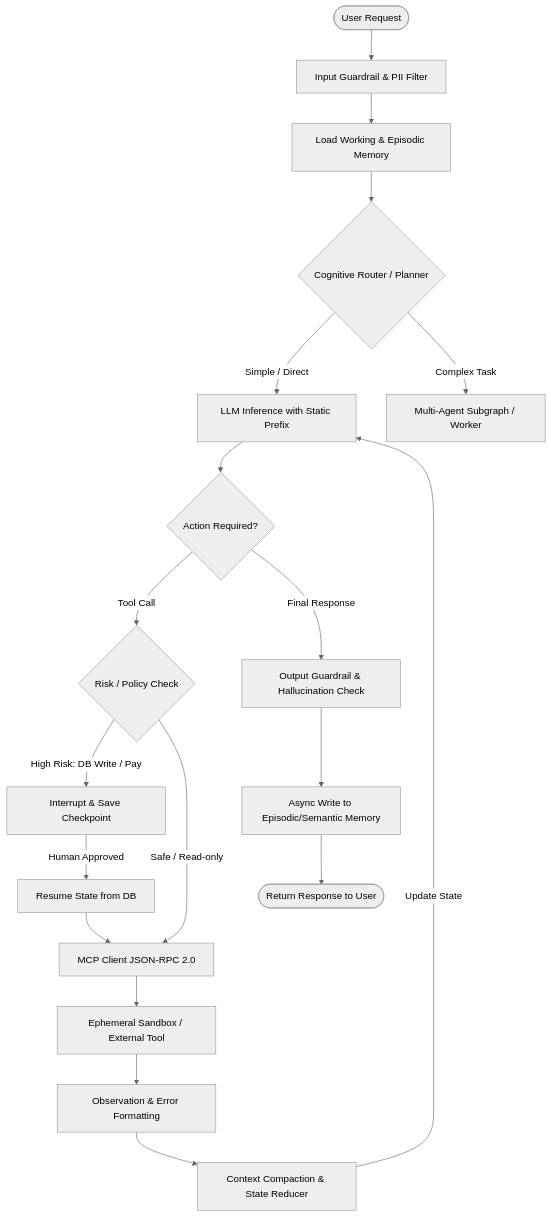
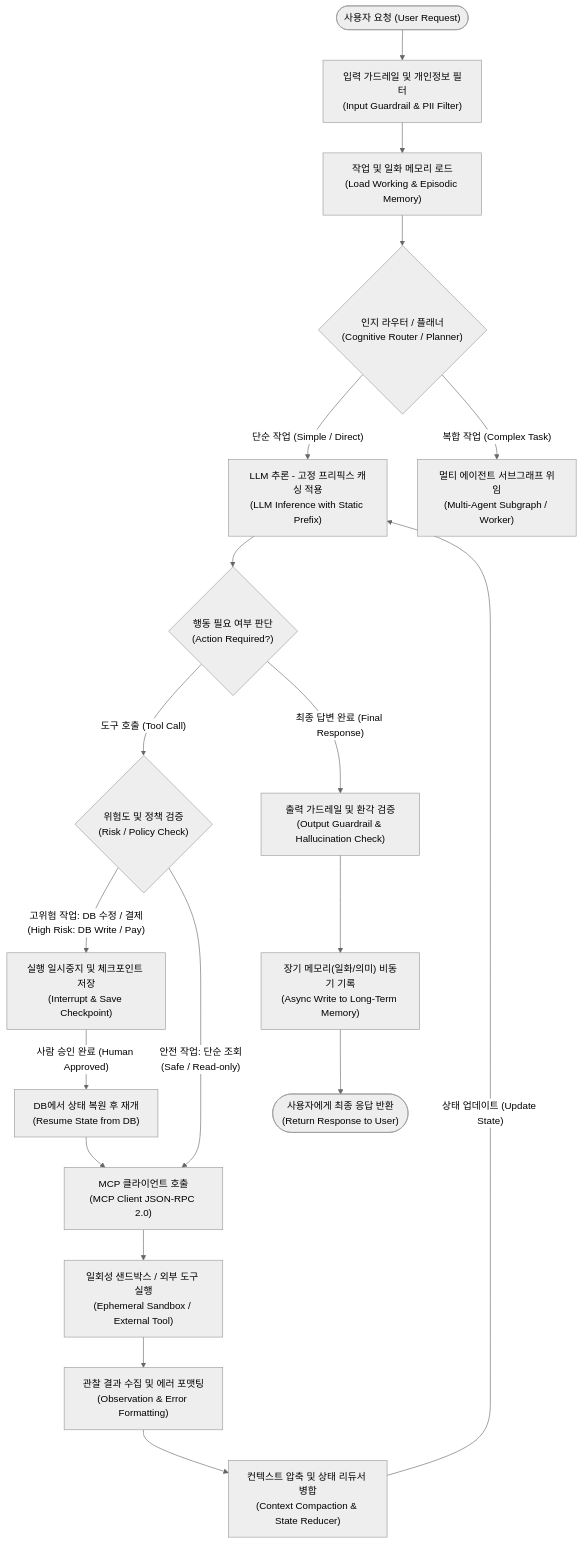
The first of 2 diagrams in ai/agentic.md (HashCitrine/scrap), drawn with Mermaid (neutral theme) before and after one commit. The commit also changed other lines of this file, not shown here.

````diff
--- a/ai/agentic.md
+++ b/ai/agentic.md
@@ -89,26 +89,26 @@
 ```mermaid
 flowchart TD
-    User([User Request]) --> InputGuard[Input Guardrail & PII Filter]
-    InputGuard --> MemoryLoad[Load Working & Episodic Memory]
-    MemoryLoad --> Planner{Cognitive Router / Planner}
+    User(["사용자 요청 (User Request)"]) --> InputGuard["입력 가드레일 및 개인정보 필터<br/>(Input Guardrail & PII Filter)"]
+    InputGuard --> MemoryLoad["작업 및 일화 메모리 로드<br/>(Load Working & Episodic Memory)"]
+    MemoryLoad --> Planner{"인지 라우터 / 플래너<br/>(Cognitive Router / Planner)"}
 
-    Planner -->|Simple / Direct| LLM[LLM Inference with Static Prefix]
-    Planner -->|Complex Task| SubGraph[Multi-Agent Subgraph / Worker]
+    Planner -->|"단순 작업 (Simple / Direct)"| LLM["LLM 추론 - 고정 프리픽스 캐싱 적용<br/>(LLM Inference with Static Prefix)"]
+    Planner -->|"복합 작업 (Complex Task)"| SubGraph["멀티 에이전트 서브그래프 위임<br/>(Multi-Agent Subgraph / Worker)"]
 
-    LLM --> Decision{Action Required?}
-    Decision -->|Tool Call| PolicyCheck{Risk / Policy Check}
-    Decision -->|Final Response| OutputGuard[Output Guardrail & Hallucination Check]
+    LLM --> Decision{"행동 필요 여부 판단<br/>(Action Required?)"}
+    Decision -->|"도구 호출 (Tool Call)"| PolicyCheck{"위험도 및 정책 검증<br/>(Risk / Policy Check)"}
+    Decision -->|"최종 답변 완료 (Final Response)"| OutputGuard["출력 가드레일 및 환각 검증<br/>(Output Guardrail & Hallucination Check)"]
 
-    PolicyCheck -->|High Risk: DB Write / Pay| HITL[Interrupt & Save Checkpoint]
-    HITL -->|Human Approved| Resume[Resume State from DB]
-    PolicyCheck -->|Safe / Read-only| MCPClient[MCP Client JSON-RPC 2.0]
+    PolicyCheck -->|"고위험 작업: DB 수정 / 결제<br/>(High Risk: DB Write / Pay)"| HITL["실행 일시중지 및 체크포인트 저장<br/>(Interrupt & Save Checkpoint)"]
+    HITL -->|"사람 승인 완료 (Human Approved)"| Resume["DB에서 상태 복원 후 재개<br/>(Resume State from DB)"]
+    PolicyCheck -->|"안전 작업: 단순 조회<br/>(Safe / Read-only)"| MCPClient["MCP 클라이언트 호출<br/>(MCP Client JSON-RPC 2.0)"]
     Resume --> MCPClient
 
-    MCPClient --> Sandbox[Ephemeral Sandbox / External Tool]
-    Sandbox --> Observation[Observation & Error Formatting]
-    Observation --> Compaction[Context Compaction & State Reducer]
-    Compaction -->|Update State| LLM
+    MCPClient --> Sandbox["일회성 샌드박스 / 외부 도구 실행<br/>(Ephemeral Sandbox / External Tool)"]
+    Sandbox --> Observation["관찰 결과 수집 및 에러 포맷팅<br/>(Observation & Error Formatting)"]
+    Observation --> Compaction["컨텍스트 압축 및 상태 리듀서 병합<br/>(Context Compaction & State Reducer)"]
+    Compaction -->|"상태 업데이트 (Update State)"| LLM
 
-    OutputGuard --> MemoryWrite[Async Write to Episodic/Semantic Memory]
-    MemoryWrite --> EndNode([Return Response to User])
+    OutputGuard --> MemoryWrite["장기 메모리(일화/의미) 비동기 기록<br/>(Async Write to Long-Term Memory)"]
+    MemoryWrite --> EndNode(["사용자에게 최종 응답 반환<br/>(Return Response to User)"])
 ```
````
